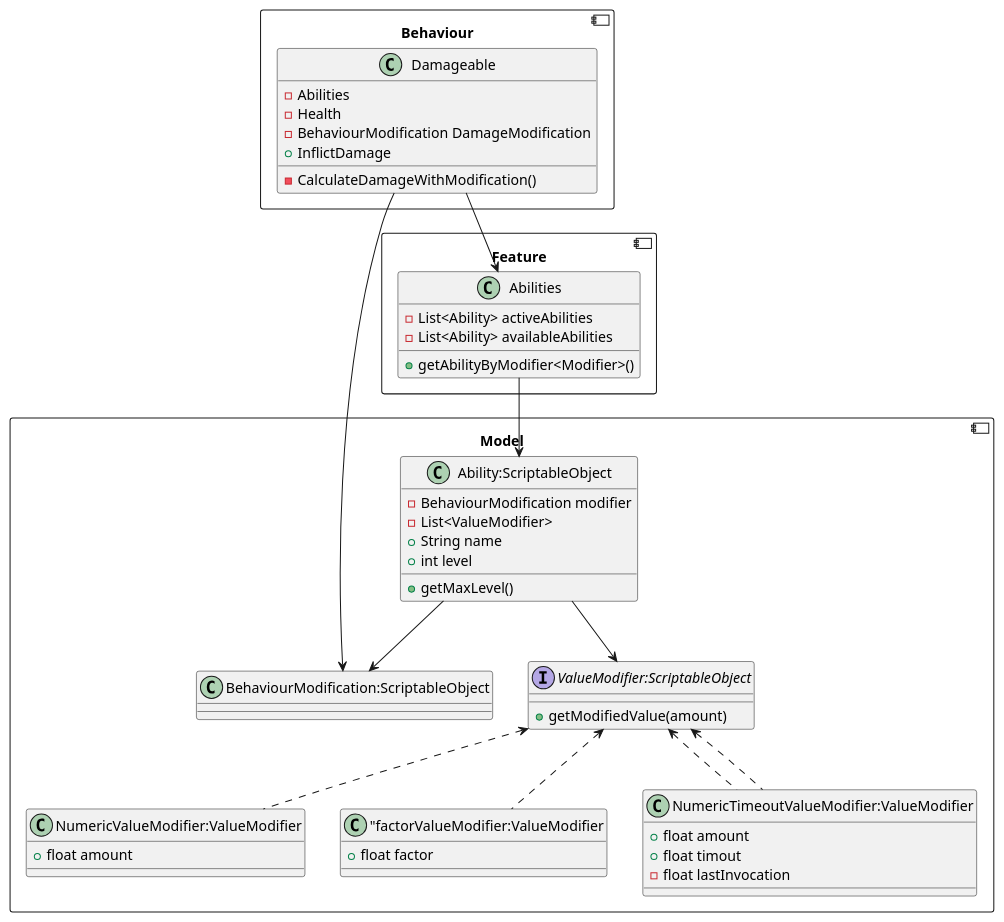
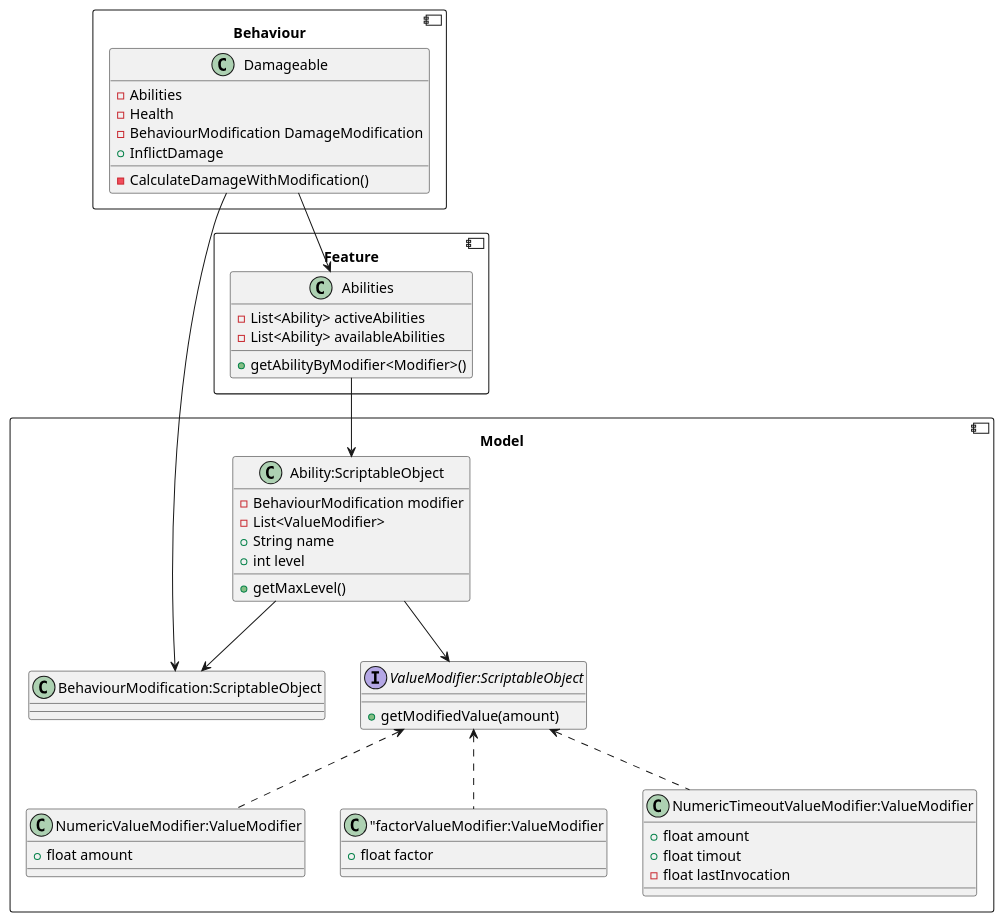
One commit to Famoose/marine-survivors changed the diagram in docs/Abilities.puml. Above: the diagram before and after it, drawn with PlantUML. The commit also changed 6 other files, not shown here.

Commit message:
update typo in diagrams

```diff
--- a/docs/Abilities.puml
+++ b/docs/Abilities.puml
@@ -1,64 +1,63 @@
 @startuml
 component Model {
     class "BehaviourModification:ScriptableObject" as bm {
     
     }
     
     interface "ValueModifier:ScriptableObject" as vm {
         + getModifiedValue(amount)
     }
     
     class "NumericValueModifier:ValueModifier" as nvm {
         + float amount
     }
     
     class ""factorValueModifier:ValueModifier" as fvm {
         + float factor
     }
     
     class "NumericTimeoutValueModifier:ValueModifier" as ntvm {
         + float amount
         + float timout
         - float lastInvocation
     }
     
     vm <.. ntvm
     vm <.. nvm 
     vm <.. fvm
-    vm <.. ntvm
     
     class "Ability:ScriptableObject" as abs {
         - BehaviourModification modifier
         - List<ValueModifier>
         + String name
         + int level
         + getMaxLevel()
     }
 }
 
 component Feature {
     class Abilities {
         - List<Ability> activeAbilities
         - List<Ability> availableAbilities
         + getAbilityByModifier<Modifier>()
     }
 }
 
 component Behaviour {
     class Damageable {
         - Abilities
         - Health
         - BehaviourModification DamageModification
         - CalculateDamageWithModification()
         + InflictDamage
     }
 }
 
  
 Abilities --> abs
 Damageable --> Abilities
 abs --> vm
 Damageable --> bm
 abs --> bm
 
 @enduml
```
